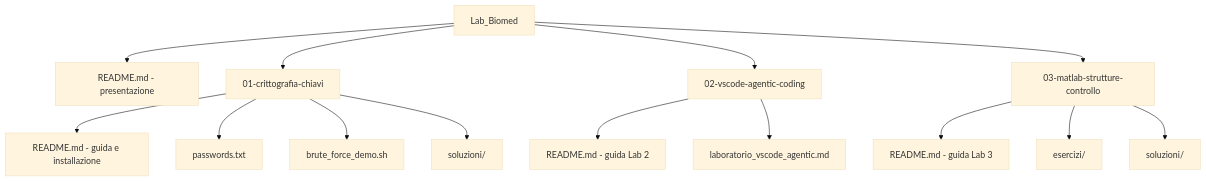
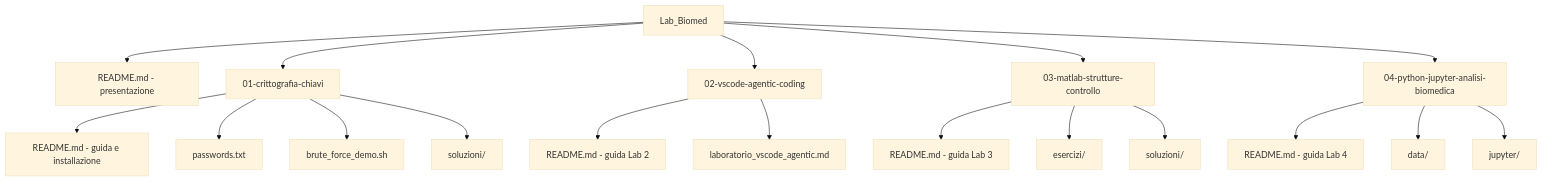
Before and after one commit to lucadagati/Lab_Fondamenti_di_Informatica_25_26: the diagram in README.md, drawn with Mermaid (base theme). The commit also changed other lines of this file and 8 other files, not shown here.

First line of the commit message:
Aggiunge Lab 4 Python/Jupyter riusando ambiente Lab 2

````diff
--- a/README.md
+++ b/README.md
@@ -16,19 +16,23 @@
 ```mermaid
 flowchart TD
     ROOT[Lab_Biomed]
     ROOT --> README[README.md - presentazione]
     ROOT --> LAB1[01-crittografia-chiavi]
     ROOT --> LAB2[02-vscode-agentic-coding]
     ROOT --> LAB3[03-matlab-strutture-controllo]
+    ROOT --> LAB4[04-python-jupyter-analisi-biomedica]
 
     LAB1 --> L1README[README.md - guida e installazione]
     LAB1 --> L1PWD[passwords.txt]
     LAB1 --> L1SCRIPT[brute_force_demo.sh]
     LAB1 --> L1SOL[soluzioni/]
 
     LAB2 --> L2README[README.md - guida Lab 2]
     LAB2 --> L2DOC[laboratorio_vscode_agentic.md]
     LAB3 --> L3README[README.md - guida Lab 3]
     LAB3 --> L3EX[esercizi/]
     LAB3 --> L3SOL[soluzioni/]
+    LAB4 --> L4README[README.md - guida Lab 4]
+    LAB4 --> L4DATA[data/]
+    LAB4 --> L4NB[jupyter/]
 ```
````
